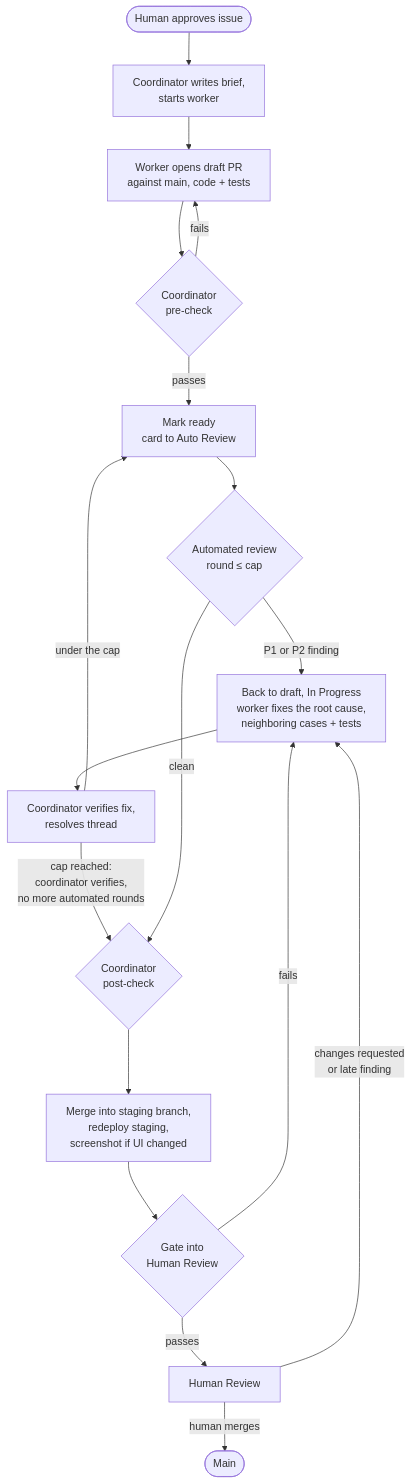
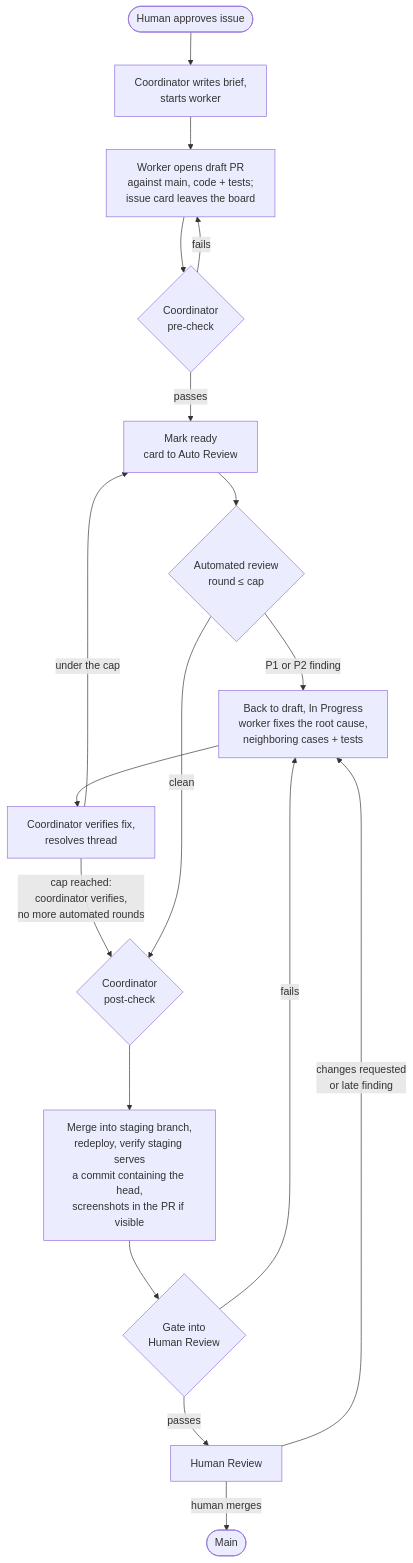
The diagram in diagrams-src/loop.mmd (tangentcode/methodology), drawn with Mermaid before and after one commit. The commit also changed 10 other files, not shown here.

```diff
--- a/diagrams-src/loop.mmd
+++ b/diagrams-src/loop.mmd
@@ -1,18 +1,18 @@
 flowchart TD
     A([Human approves issue]) --> B[Coordinator writes brief,<br/>starts worker]
-    B --> C[Worker opens draft PR<br/>against main, code + tests]
+    B --> C[Worker opens draft PR<br/>against main, code + tests;<br/>issue card leaves the board]
     C --> D{Coordinator<br/>pre-check}
     D -->|fails| C
     D -->|passes| E[Mark ready<br/>card to Auto Review]
     E --> F{Automated review<br/>round ≤ cap}
     F -->|P1 or P2 finding| G[Back to draft, In Progress<br/>worker fixes the root cause,<br/>neighboring cases + tests]
     G --> H[Coordinator verifies fix,<br/>resolves thread]
     H -->|under the cap| E
     H -->|cap reached:<br/>coordinator verifies,<br/>no more automated rounds| I
     F -->|clean| I{Coordinator<br/>post-check}
-    I --> J[Merge into staging branch,<br/>redeploy staging,<br/>screenshot if UI changed]
+    I --> J[Merge into staging branch,<br/>redeploy, verify staging serves<br/>a commit containing the head,<br/>screenshots in the PR if visible]
     J --> K{Gate into<br/>Human Review}
     K -->|passes| L[Human Review]
     K -->|fails| G
     L -->|changes requested<br/>or late finding| G
     L -->|human merges| M([Main])
```
